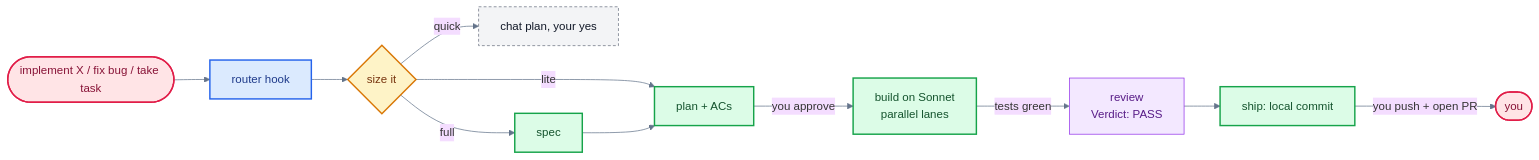
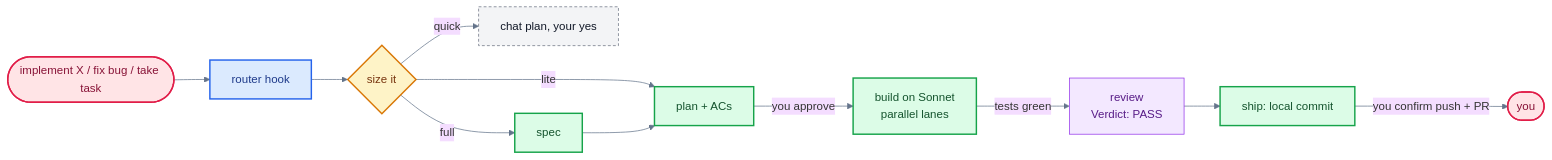
One commit to jitheshb83/jb_claude_pluggins changed the diagram in plugins/jb-sdlc-plugin/README.md. Above: the diagram before and after it, drawn with Mermaid. The commit also changed other lines of this file and 9 other files, not shown here.

````diff
--- a/plugins/jb-sdlc-plugin/README.md
+++ b/plugins/jb-sdlc-plugin/README.md
@@ -7,19 +7,19 @@
 ```mermaid
 %%{init: {"theme": "base", "themeVariables": {"fontFamily": "ui-sans-serif, system-ui", "lineColor": "#64748B"}}}%%
 flowchart LR
     P(["implement X / fix bug / take task"]):::actor --> R["router hook"]:::changed
     R --> Z{"size it"}:::risk
     Z -- quick --> Q["chat plan, your yes"]:::external
     Z -- lite --> PL["plan + ACs"]:::new
     Z -- full --> SP["spec"]:::new --> PL
     PL -- "you approve" --> B["build on Sonnet<br/>parallel lanes"]:::new
     B -- "tests green" --> RV["review<br/>Verdict: PASS"]:::test
     RV --> SH["ship: local commit"]:::new
-    SH -- "you push + open PR" --> U(["you"]):::actor
+    SH -- "you confirm push + PR" --> U(["you"]):::actor
     classDef new fill:#DCFCE7,stroke:#16A34A,color:#14532D,stroke-width:2px
     classDef changed fill:#DBEAFE,stroke:#2563EB,color:#1E3A8A,stroke-width:2px
     classDef external fill:#F3F4F6,stroke:#6B7280,color:#111827,stroke-dasharray:4 3
     classDef risk fill:#FEF3C7,stroke:#D97706,color:#78350F,stroke-width:2px
     classDef test fill:#F3E8FF,stroke:#9333EA,color:#581C87
     classDef actor fill:#FFE4E6,stroke:#E11D48,color:#881337,stroke-width:2px
 ```
````
